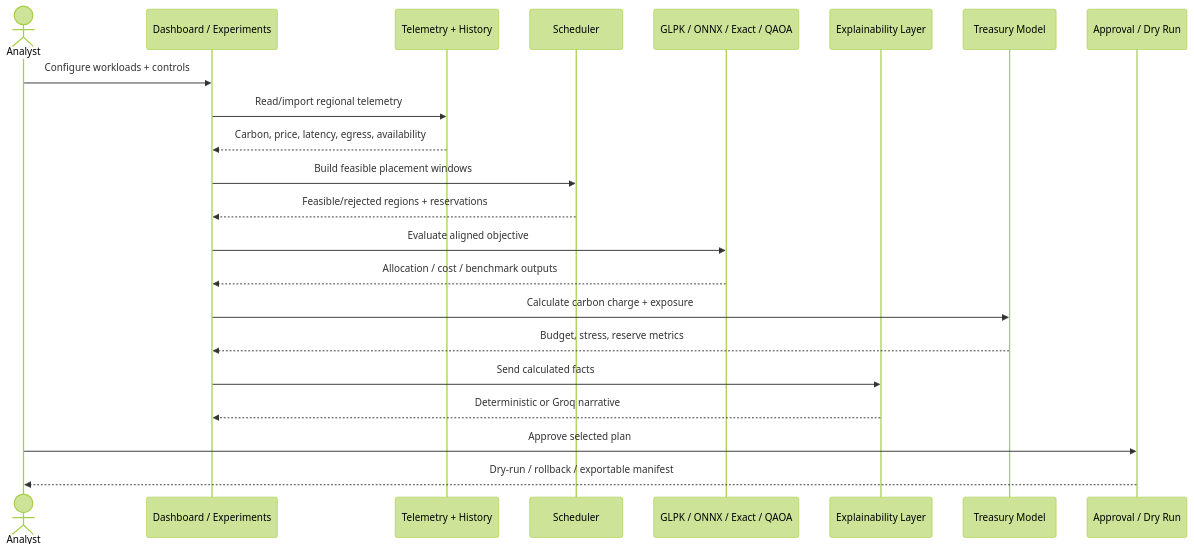
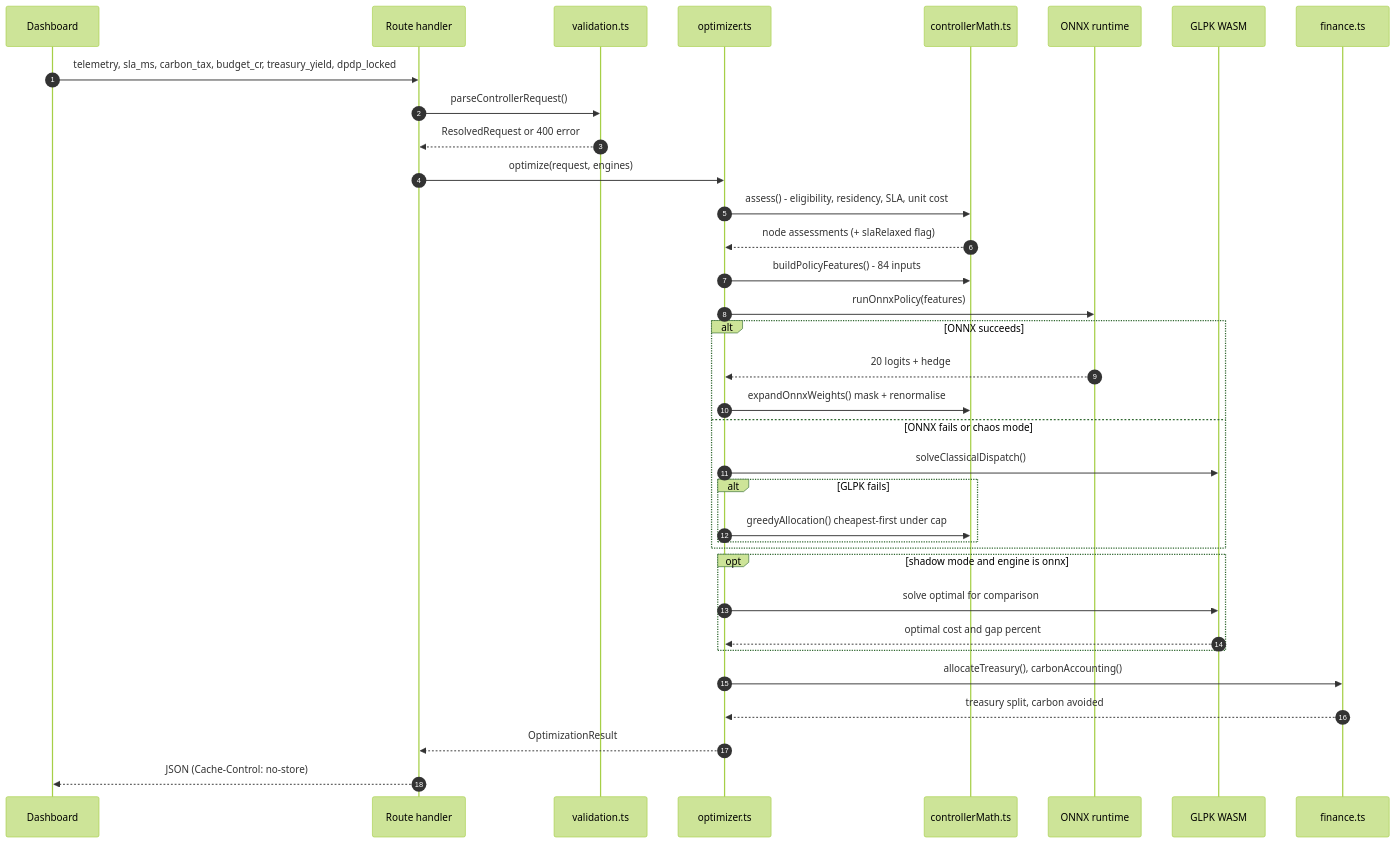
Before and after one commit to prantikchanda21/Carbon-Ledger: the third of 16 diagrams in README.md, drawn with Mermaid (forest theme). The commit also changed other lines of this file, not shown here.

````diff
--- a/README.md
+++ b/README.md
@@ -234,25 +267,38 @@
 ```mermaid
 sequenceDiagram
-    actor Analyst
-    participant UI as Dashboard / Experiments
-    participant Feed as Telemetry + History
-    participant Scheduler as Scheduler
-    participant Engines as GLPK / ONNX / Exact / QAOA
-    participant Explain as Explainability Layer
-    participant Treasury as Treasury Model
-    participant Exec as Approval / Dry Run
+  autonumber
+  participant UI as Dashboard
+  participant R as Route handler
+  participant V as validation.ts
+  participant O as optimizer.ts
+  participant M as controllerMath.ts
+  participant X as ONNX runtime
+  participant G as GLPK WASM
+  participant F as finance.ts
 
-    Analyst->>UI: Configure workloads + controls
-    UI->>Feed: Read/import regional telemetry
-    Feed-->>UI: Carbon, price, latency, egress, availability
-    UI->>Scheduler: Build feasible placement windows
-    Scheduler-->>UI: Feasible/rejected regions + reservations
-    UI->>Engines: Evaluate aligned objective
-    Engines-->>UI: Allocation / cost / benchmark outputs
-    UI->>Treasury: Calculate carbon charge + exposure
-    Treasury-->>UI: Budget, stress, reserve metrics
-    UI->>Explain: Send calculated facts
-    Explain-->>UI: Deterministic or Groq narrative
-    Analyst->>Exec: Approve selected plan
-    Exec-->>Analyst: Dry-run / rollback / exportable manifest
+  UI->>R: telemetry, sla_ms, carbon_tax, budget_cr, treasury_yield, dpdp_locked
+  R->>V: parseControllerRequest()
+  V-->>R: ResolvedRequest or 400 error
+  R->>O: optimize(request, engines)
+  O->>M: assess() - eligibility, residency, SLA, unit cost
+  M-->>O: node assessments (+ slaRelaxed flag)
+  O->>M: buildPolicyFeatures() - 84 inputs
+  O->>X: runOnnxPolicy(features)
+  alt ONNX succeeds
+    X-->>O: 20 logits + hedge
+    O->>M: expandOnnxWeights() mask + renormalise
+  else ONNX fails or chaos mode
+    O->>G: solveClassicalDispatch()
+    alt GLPK fails
+      O->>M: greedyAllocation() cheapest-first under cap
+    end
+  end
+  opt shadow mode and engine is onnx
+    O->>G: solve optimal for comparison
+    G-->>O: optimal cost and gap percent
+  end
+  O->>F: allocateTreasury(), carbonAccounting()
+  F-->>O: treasury split, carbon avoided
+  O-->>R: OptimizationResult
+  R-->>UI: JSON (Cache-Control: no-store)
 ```
````
